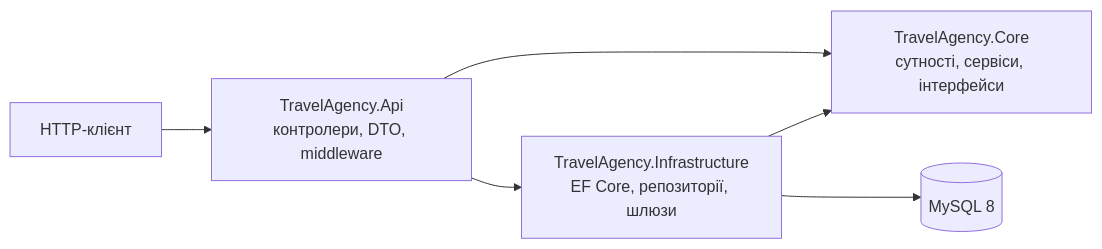
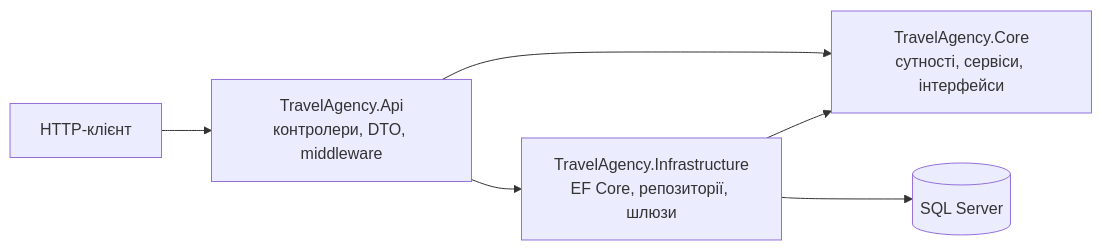
Before and after one commit to katerinauhimcuk40-lgtm/travel-agency: the first of 6 diagrams in docs/02-design.md, drawn with Mermaid. The commit also changed other lines of this file and 4 other files, not shown here.

Commit message:
chore: cleanup docs, add README, switch docs to SQL Server

````diff
--- a/docs/02-design.md
+++ b/docs/02-design.md
@@ -35,8 +35,8 @@
 ```mermaid
 flowchart LR
     Client[HTTP-клієнт] --> Api[TravelAgency.Api<br/>контролери, DTO, middleware]
     Api --> Core[TravelAgency.Core<br/>сутності, сервіси, інтерфейси]
     Api --> Infra[TravelAgency.Infrastructure<br/>EF Core, репозиторії, шлюзи]
     Infra --> Core
-    Infra --> DB[(MySQL 8)]
+    Infra --> DB[(SQL Server)]
 ```
````
